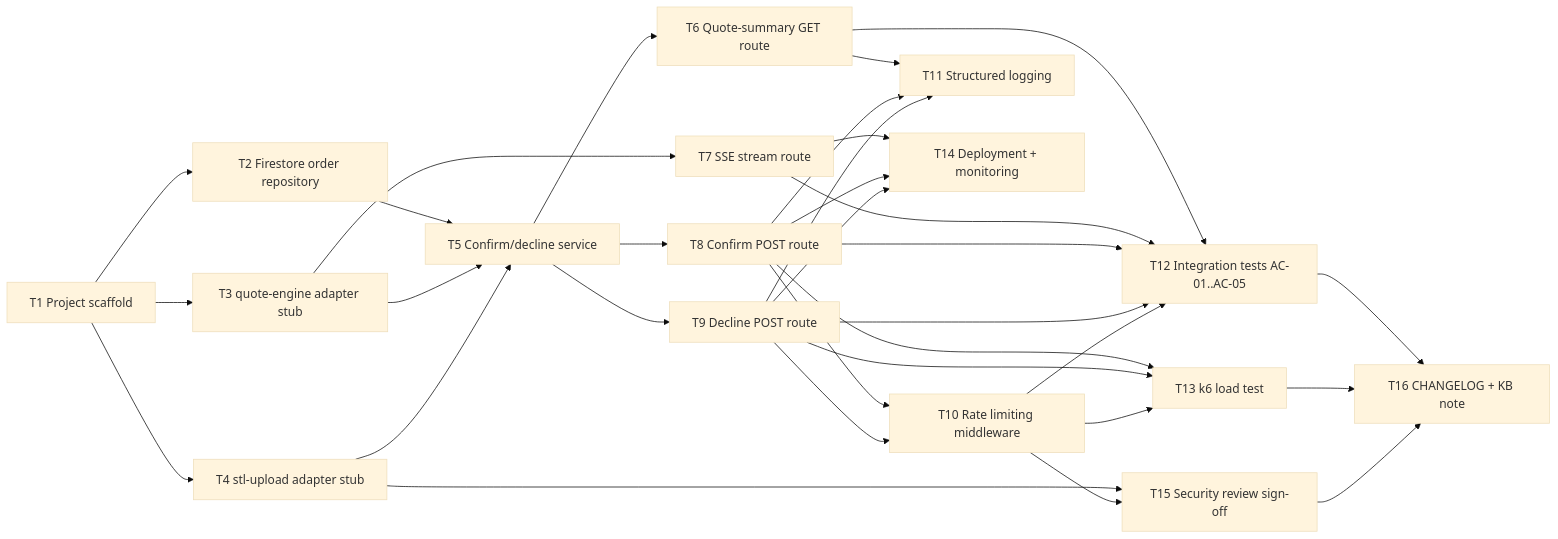
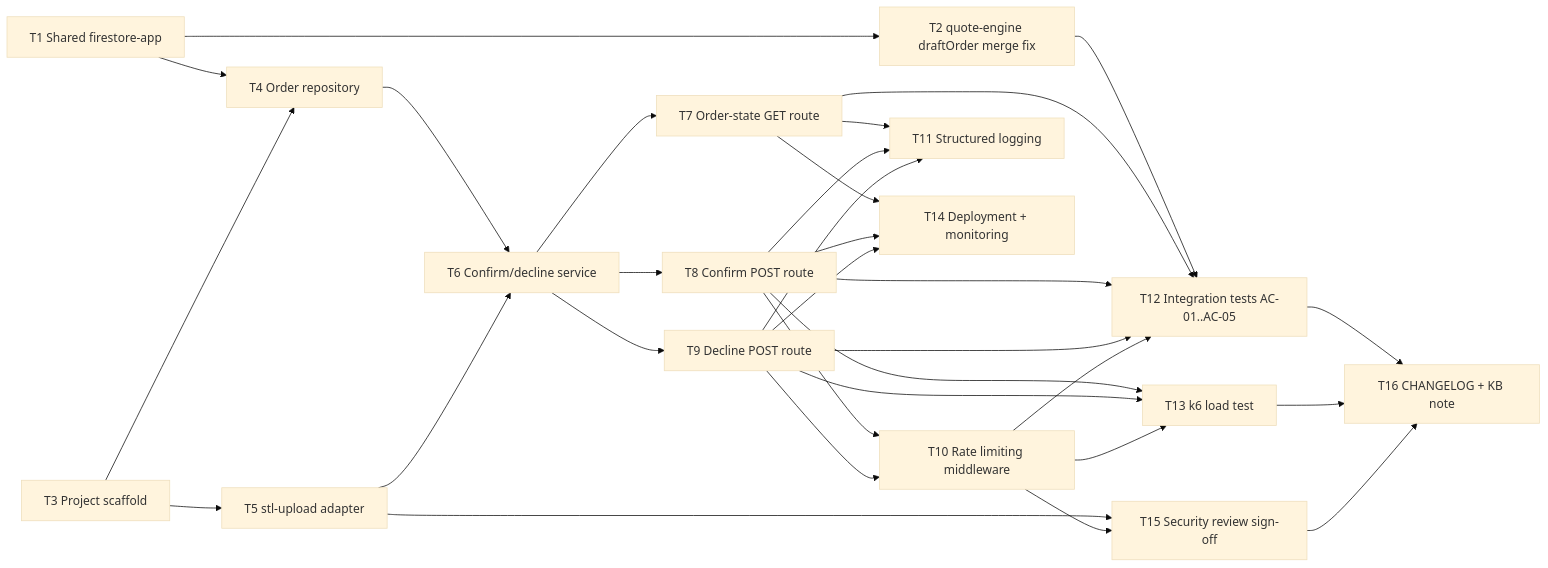
The diagram in docs/features/order-confirmation/tasks/_epic.md (yahacom/print-marketplace), drawn with Mermaid (base theme) before and after one commit. The commit also changed other lines of this file and 23 other files, not shown here.

````diff
--- a/docs/features/order-confirmation/tasks/_epic.md
+++ b/docs/features/order-confirmation/tasks/_epic.md
@@ -33,34 +48,33 @@
 ```mermaid
 flowchart LR
-    T1[T1 Project scaffold] --> T2[T2 Firestore order repository]
-    T1 --> T3[T3 quote-engine adapter stub]
-    T1 --> T4[T4 stl-upload adapter stub]
-    T2 --> T5[T5 Confirm/decline service]
-    T3 --> T5
-    T4 --> T5
-    T5 --> T6[T6 Quote-summary GET route]
-    T3 --> T7[T7 SSE stream route]
-    T5 --> T8[T8 Confirm POST route]
-    T5 --> T9[T9 Decline POST route]
+    T1[T1 Shared firestore-app] --> T2[T2 quote-engine draftOrder merge fix]
+    T1 --> T4[T4 Order repository]
+    T3[T3 Project scaffold] --> T4
+    T3 --> T5[T5 stl-upload adapter]
+    T4 --> T6[T6 Confirm/decline service]
+    T5 --> T6
+    T6 --> T7[T7 Order-state GET route]
+    T6 --> T8[T8 Confirm POST route]
+    T6 --> T9[T9 Decline POST route]
     T8 --> T10[T10 Rate limiting middleware]
     T9 --> T10
-    T6 --> T11[T11 Structured logging]
+    T7 --> T11[T11 Structured logging]
     T8 --> T11
     T9 --> T11
-    T6 --> T12[T12 Integration tests AC-01..AC-05]
+    T2 --> T12[T12 Integration tests AC-01..AC-05]
     T7 --> T12
     T8 --> T12
     T9 --> T12
     T10 --> T12
     T8 --> T13[T13 k6 load test]
     T9 --> T13
     T10 --> T13
     T7 --> T14[T14 Deployment + monitoring]
     T8 --> T14
     T9 --> T14
-    T4 --> T15[T15 Security review sign-off]
+    T5 --> T15[T15 Security review sign-off]
     T10 --> T15
     T12 --> T16[T16 CHANGELOG + KB note]
     T13 --> T16
     T15 --> T16
 ```
````
